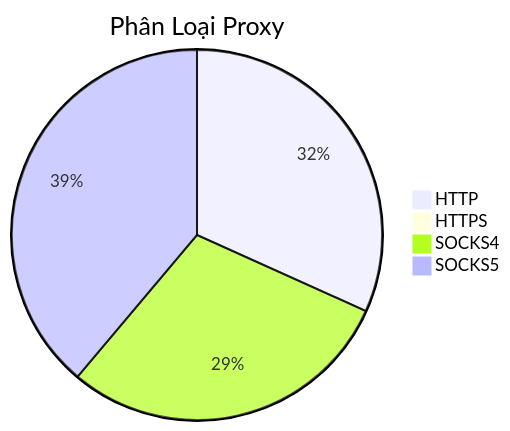
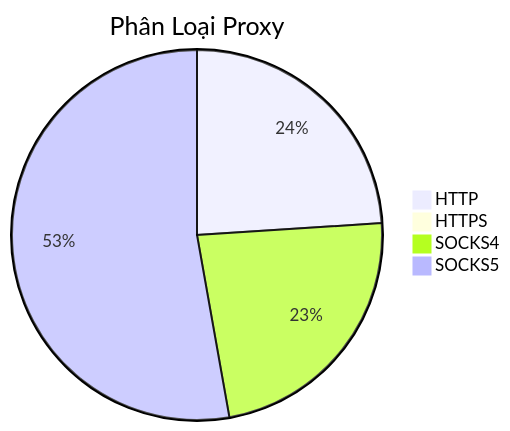
One commit to Ciara-12/PROXY-free changed the diagram in README.md. Above: the diagram before and after it, drawn with Mermaid. The commit also changed other lines of this file and 3 other files, not shown here.

````diff
--- a/README.md
+++ b/README.md
@@ -26,7 +26,7 @@
 ```mermaid
 pie title Phân Loại Proxy
-    "HTTP" : 477
+    "HTTP" : 351
     "HTTPS" : 0
-    "SOCKS4" : 442
-    "SOCKS5" : 584
+    "SOCKS4" : 340
+    "SOCKS5" : 773
 ```
````
